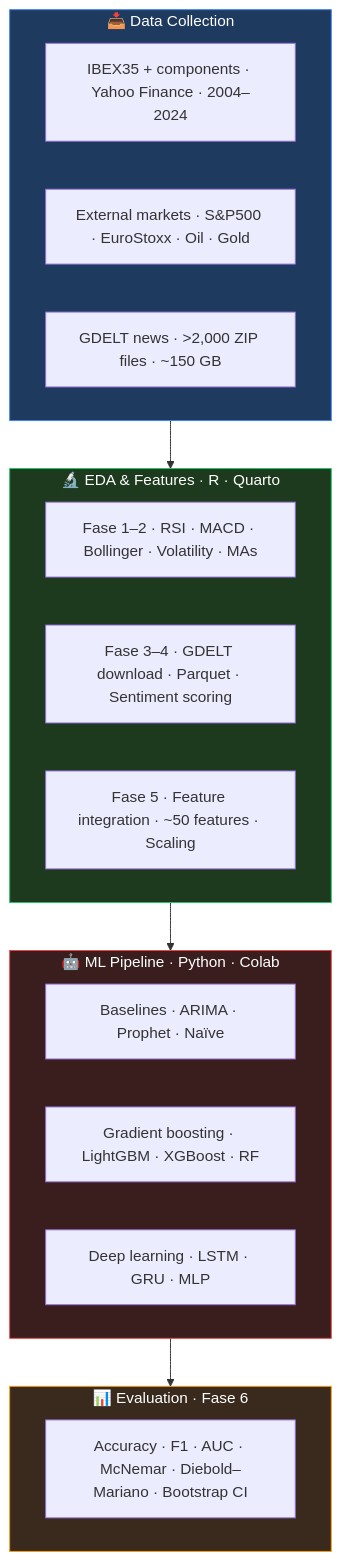
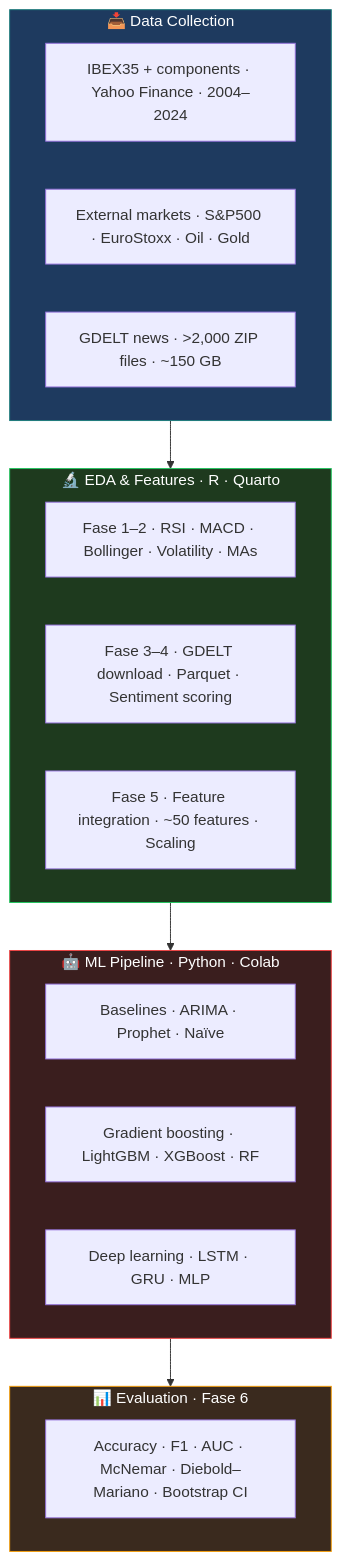
Before and after one commit to SLopezBegines/SLopezBegines.github.io: the diagram in _projects/ibex35-prediction.md, drawn with Mermaid. The commit also changed other lines of this file and 2376 other files, not shown here.

````diff
--- a/_projects/ibex35-prediction.md
+++ b/_projects/ibex35-prediction.md
@@ -38,31 +54,31 @@
 ```mermaid
 flowchart TD
     subgraph Data ["📥 Data Collection"]
         A1["IBEX35 + components · Yahoo Finance · 2004–2024"]
         A2["External markets · S&P500 · EuroStoxx · Oil · Gold"]
         A3["GDELT news · >2,000 ZIP files · ~150 GB"]
     end
 
     subgraph EDA ["🔬 EDA & Features · R · Quarto"]
         B1["Fase 1–2 · RSI · MACD · Bollinger · Volatility · MAs"]
         B2["Fase 3–4 · GDELT download · Parquet · Sentiment scoring"]
         B3["Fase 5 · Feature integration · ~50 features · Scaling"]
     end
 
     subgraph ML ["🤖 ML Pipeline · Python · Colab"]
         C1["Baselines · ARIMA · Prophet · Naïve"]
         C2["Gradient boosting · LightGBM · XGBoost · RF"]
         C3["Deep learning · LSTM · GRU · MLP"]
     end
 
     subgraph Eval ["📊 Evaluation · Fase 6"]
         D1["Accuracy · F1 · AUC · McNemar · Diebold–Mariano · Bootstrap CI"]
     end
 
     Data --> EDA --> ML --> Eval
 
-    style Data fill:#1e3a5f,color:#fff,stroke:#3b82f6
+    style Data fill:#1e3a5f,color:#fff,stroke:#1a7a7a
     style EDA fill:#1e3a1e,color:#fff,stroke:#22c55e
     style ML fill:#3a1e1e,color:#fff,stroke:#ef4444
     style Eval fill:#3a2a1e,color:#fff,stroke:#f59e0b
 ```
````
